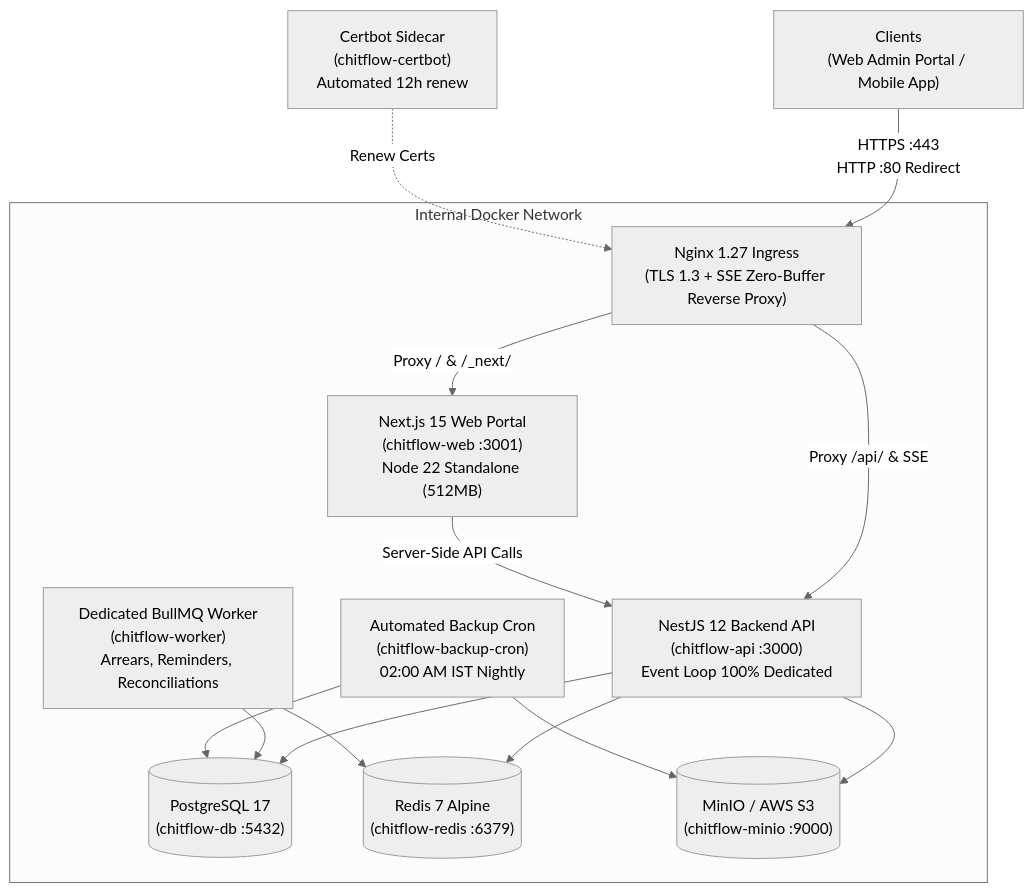
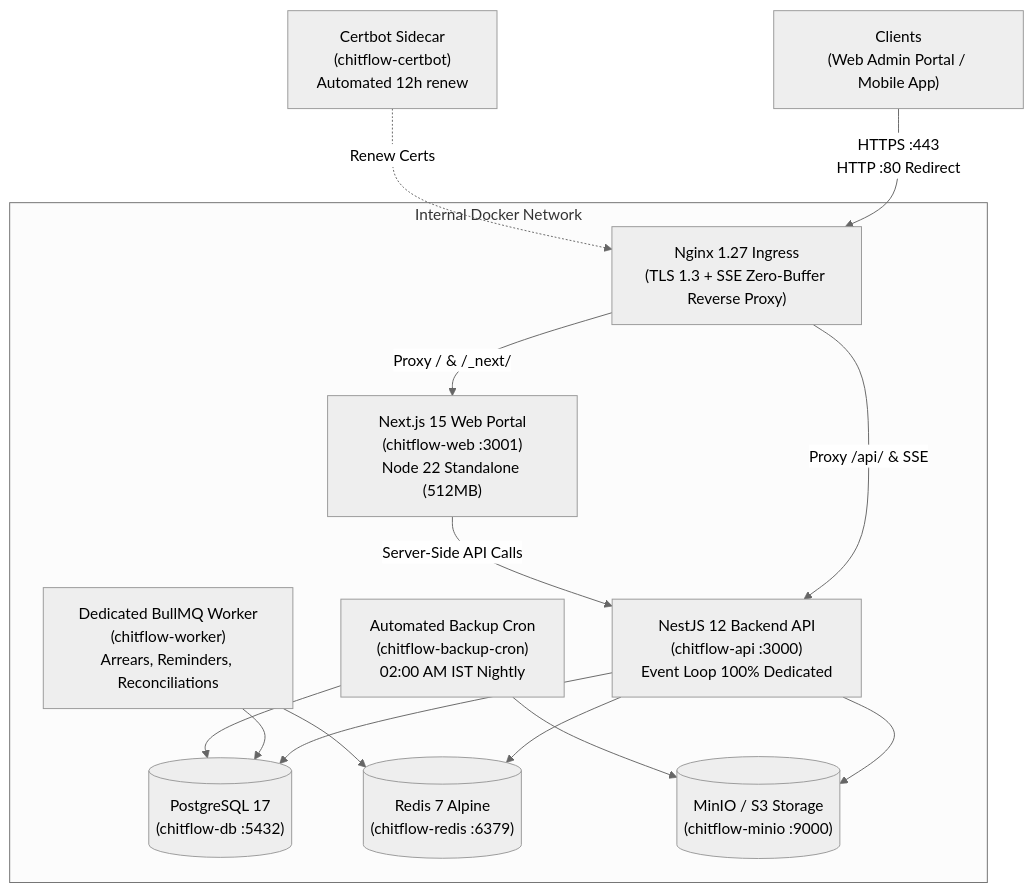
Before and after one commit to Kathir-24/Kumaran-finance: the diagram in infra/docker/PRODUCTION-DEPLOYMENT-GUIDE.md, drawn with Mermaid (neutral theme). The commit also changed other lines of this file and 34 other files, not shown here.

First line of the commit message:
docs(infra): establish flat-fee linux vps and cloudflare r2 as primary deployment architecture

````diff
--- a/infra/docker/PRODUCTION-DEPLOYMENT-GUIDE.md
+++ b/infra/docker/PRODUCTION-DEPLOYMENT-GUIDE.md
@@ -14,20 +14,20 @@
 ```mermaid
 flowchart TD
     Client["Clients\n(Web Admin Portal / Mobile App)"] -->|HTTPS :443\nHTTP :80 Redirect| Nginx["Nginx 1.27 Ingress\n(TLS 1.3 + SSE Zero-Buffer Reverse Proxy)"]
     Certbot["Certbot Sidecar\n(chitflow-certbot)\nAutomated 12h renew"] -.->|Renew Certs| Nginx
 
     subgraph Internal Docker Network
         Nginx -->|Proxy / & /_next/| Web["Next.js 15 Web Portal\n(chitflow-web :3001)\nNode 22 Standalone (512MB)"]
         Nginx -->|Proxy /api/ & SSE| API["NestJS 12 Backend API\n(chitflow-api :3000)\nEvent Loop 100% Dedicated"]
         Web -->|Server-Side API Calls| API
         Worker["Dedicated BullMQ Worker\n(chitflow-worker)\nArrears, Reminders, Reconciliations"]
         API --> DB[("PostgreSQL 17\n(chitflow-db :5432)")]
         Worker --> DB
         API --> Redis[("Redis 7 Alpine\n(chitflow-redis :6379)")]
         Worker --> Redis
-        API --> S3[("MinIO / AWS S3\n(chitflow-minio :9000)")]
+        API --> S3[("MinIO / S3 Storage\n(chitflow-minio :9000)")]
 
         BackupCron["Automated Backup Cron\n(chitflow-backup-cron)\n02:00 AM IST Nightly"] --> DB
         BackupCron --> S3
     end
 ```
````
